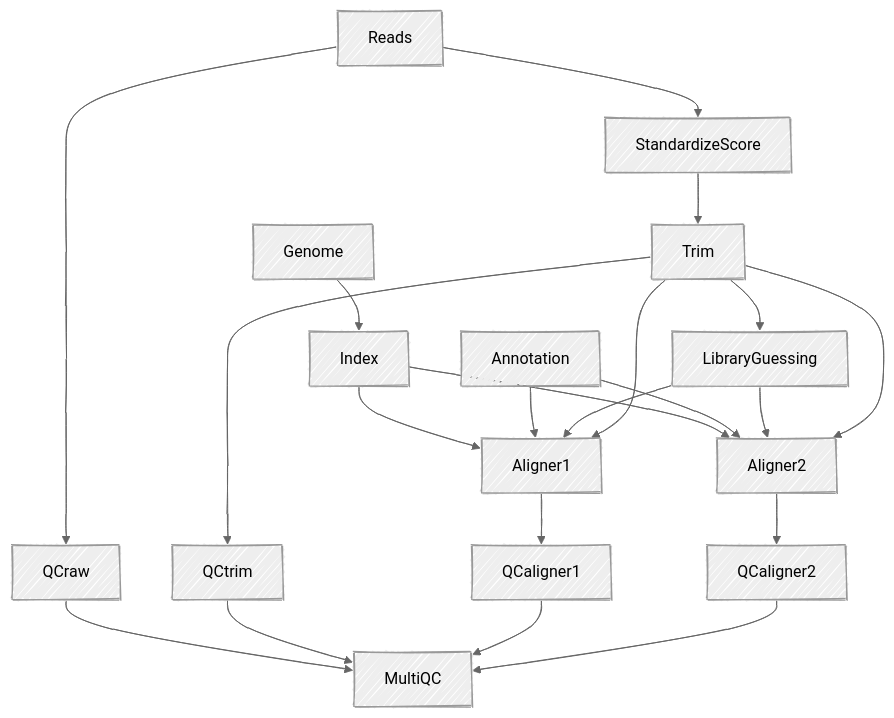
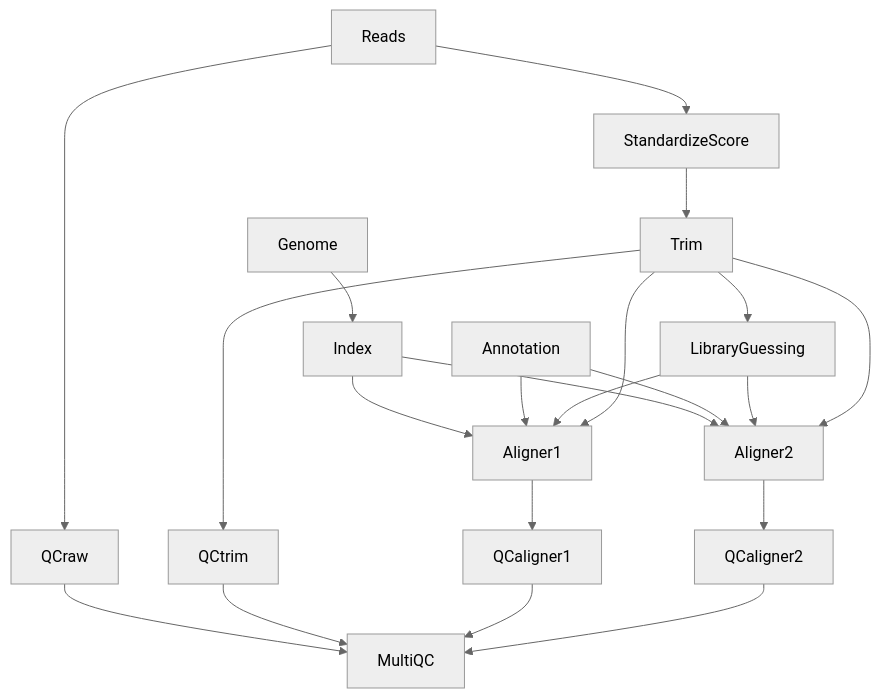
The diagram in README.md (Juke34/AliNe), drawn with Mermaid before and after one commit.

Commit message:
Fix flowchart rendering

````diff
--- a/README.md
+++ b/README.md
@@ -121,28 +121,27 @@
 ```mermaid
 ---
 config:
-  look: handDrawn
   theme: neutral
 ---
   graph TD;
       Genome-->Index;
       Index-->Aligner1;
       Index-->Aligner2;
       Annotation--> Aligner1;
       Annotation--> Aligner2;
       Reads --> QCraw;
       Reads --> StandardizeScore 
       StandardizeScore --> Trim;
       Trim --> LibraryGuessing;
       Trim --> QCtrim;
       LibraryGuessing --> Aligner1;
       LibraryGuessing --> Aligner2;
       Trim --> Aligner1;
       Aligner1 --> QCaligner1;
       Trim --> Aligner2;
       Aligner2 --> QCaligner2;
       QCraw --> MultiQC;
       QCtrim --> MultiQC;
       QCaligner1 --> MultiQC;
       QCaligner2 --> MultiQC;
 ```
````
